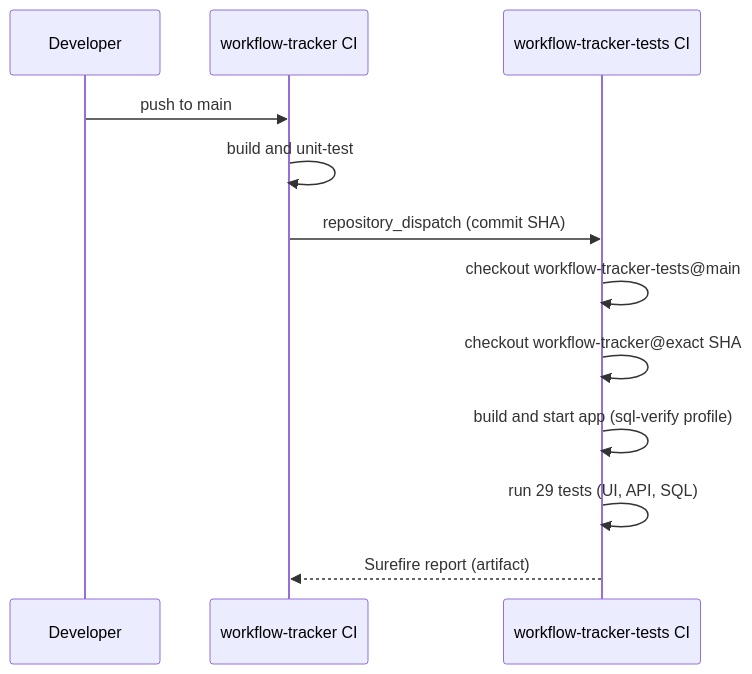
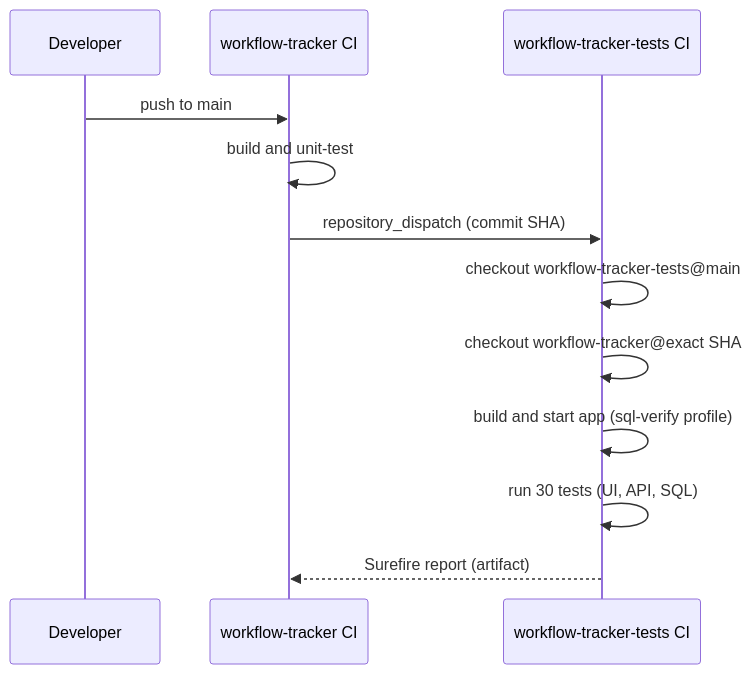
One commit to frankfulcomer/workflow-tracker-tests changed the second of 3 diagrams in README.md. Above: the diagram before and after it, drawn with Mermaid. The commit also changed other lines of this file and 7 other files, not shown here.

````diff
--- a/README.md
+++ b/README.md
@@ -147,15 +147,15 @@
 ```mermaid
 sequenceDiagram
     participant Dev as Developer
     participant App as workflow-tracker CI
     participant Tests as workflow-tracker-tests CI
 
     Dev->>App: push to main
     App->>App: build and unit-test
     App->>Tests: repository_dispatch (commit SHA)
     Tests->>Tests: checkout workflow-tracker-tests@main
     Tests->>Tests: checkout workflow-tracker@exact SHA
     Tests->>Tests: build and start app (sql-verify profile)
-    Tests->>Tests: run 29 tests (UI, API, SQL)
+    Tests->>Tests: run 30 tests (UI, API, SQL)
     Tests-->>App: Surefire report (artifact)
 ```
````
